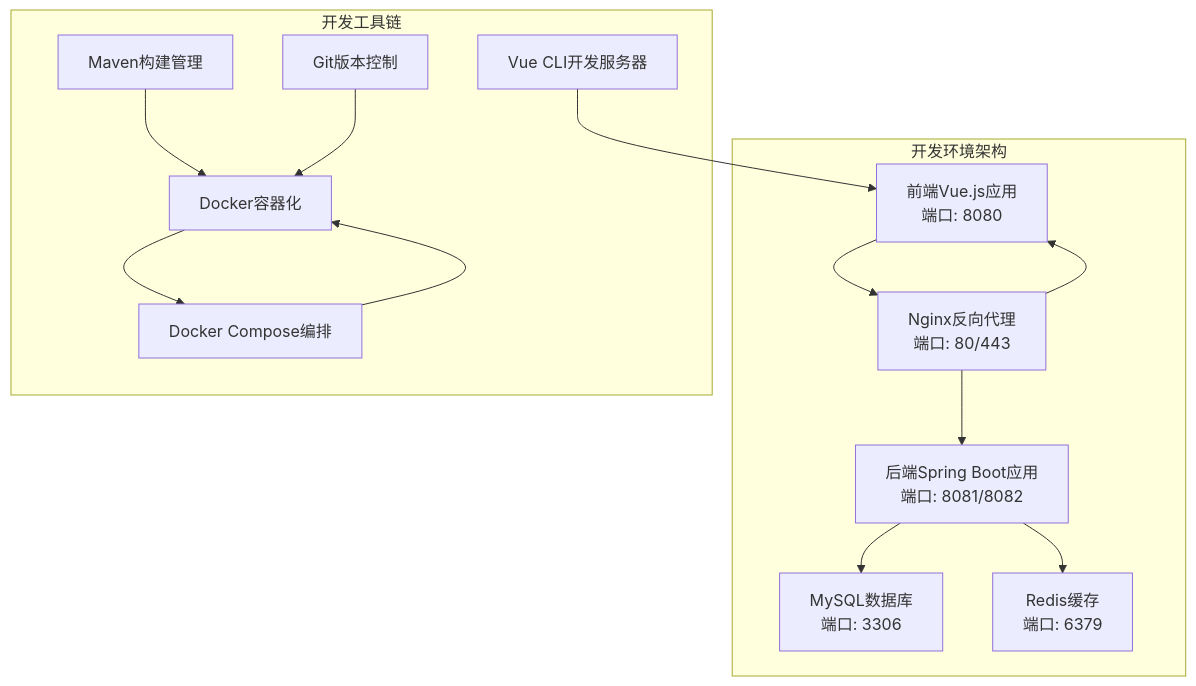
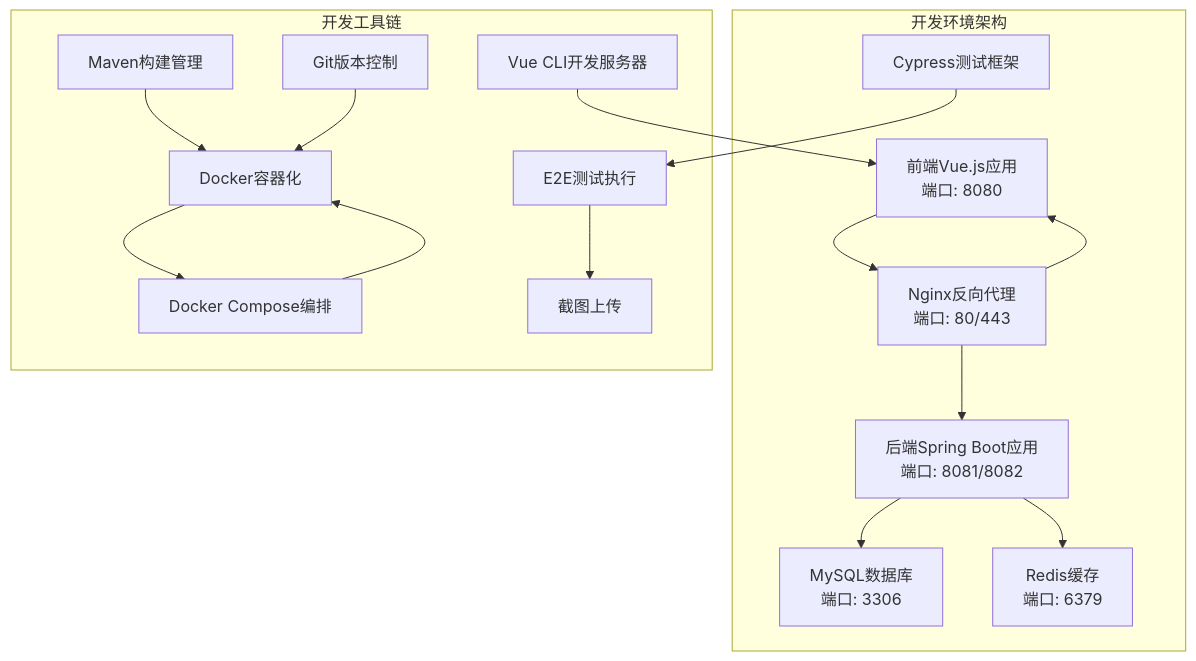
One commit to liuzh2008/med_ai_assistant_workspace changed the first of 19 diagrams in .qoder/repowiki/zh/content/Development Environment Features.md. Above: the diagram before and after it, drawn with Mermaid. The commit also changed other lines of this file and 3 other files, not shown here.

````diff
--- a/.qoder/repowiki/zh/content/Development Environment Features.md
+++ b/.qoder/repowiki/zh/content/Development Environment Features.md
@@ -42,27 +59,33 @@
 ```mermaid
 graph TB
 subgraph "开发环境架构"
 FE[前端Vue.js应用<br/>端口: 8080]
 BE[后端Spring Boot应用<br/>端口: 8081/8082]
 DB[MySQL数据库<br/>端口: 3306]
 REDIS[Redis缓存<br/>端口: 6379]
 NGINX[Nginx反向代理<br/>端口: 80/443]
+CYPRESS[Cypress E2E测试<br/>端口: 8083]
 end
 subgraph "开发工具链"
 DOCKER[Docker容器化]
 COMPOSE[Docker Compose编排]
 MAVEN[Maven构建管理]
 VUECLI[Vue CLI开发服务器]
 GIT[Git版本控制]
+CYPRESS[Cypress测试框架]
+ENDTOEND[E2E测试执行]
+SCREENSHOT[截图上传]
 end
 FE --> NGINX
 BE --> DB
 BE --> REDIS
 NGINX --> FE
 NGINX --> BE
 DOCKER --> COMPOSE
 COMPOSE --> DOCKER
 MAVEN --> DOCKER
 VUECLI --> FE
 GIT --> DOCKER
+CYPRESS --> ENDTOEND
+ENDTOEND --> SCREENSHOT
 ```
````
